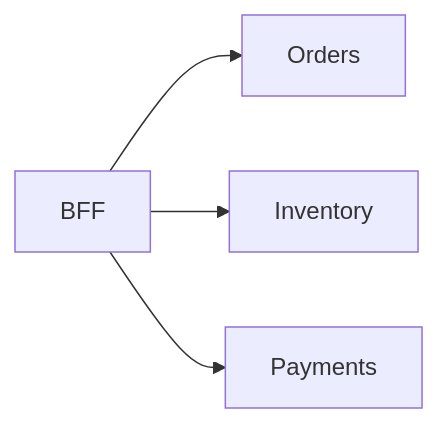
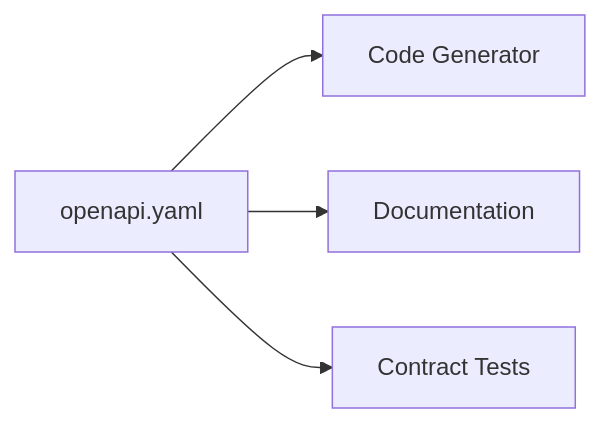
Diagram 13 of 23 in 07-api-desing/README.md (hareramcse/SystemDesign), drawn with Mermaid before and after one commit. The commit also changed other lines of this file and 15 other files, not shown here.

````diff
--- a/07-api-desing/README.md
+++ b/07-api-desing/README.md
@@ -118,6 +663,6 @@
 ```mermaid
 flowchart LR
-    BFF[BFF] --> A[Orders]
-    BFF --> B[Inventory]
-    BFF --> C[Payments]
+    Spec[openapi.yaml] --> Gen[Code Generator]
+    Spec --> Doc[Documentation]
+    Spec --> Test[Contract Tests]
 ```
````
